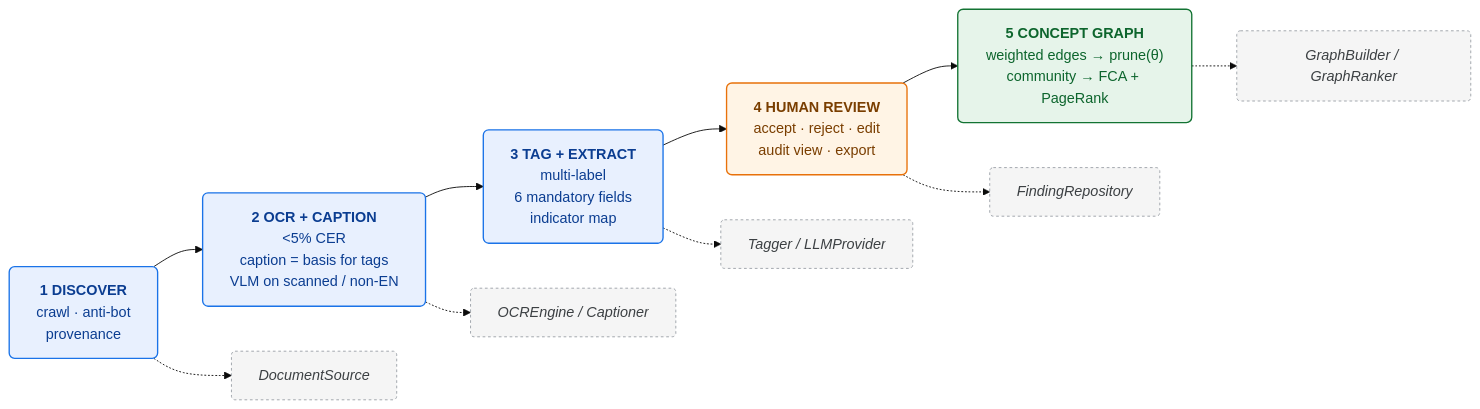
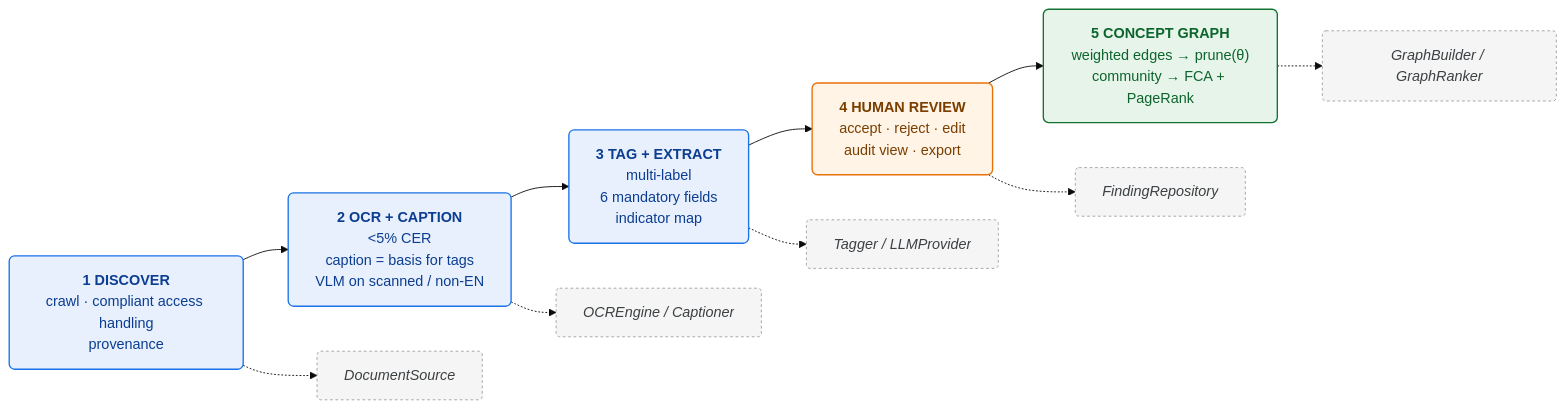
Before and after one commit to JohnAndrewBalbarosa/rdtii-autoextract: the diagram in backend/docs/pipeline.mmd, drawn with Mermaid (base theme). The commit also changed 12 other files, not shown here.

Commit message:
Add compliant access scaffold

```diff
--- a/backend/docs/pipeline.mmd
+++ b/backend/docs/pipeline.mmd
@@ -1,31 +1,31 @@
 flowchart LR
-    A["<b>1 DISCOVER</b><br/>crawl · anti-bot<br/>provenance"]
+    A["<b>1 DISCOVER</b><br/>crawl · compliant access handling<br/>provenance"]
     B["<b>2 OCR + CAPTION</b><br/>&lt;5% CER<br/>caption = basis for tags<br/>VLM on scanned / non-EN"]
     C["<b>3 TAG + EXTRACT</b><br/>multi-label<br/>6 mandatory fields<br/>indicator map"]
     D["<b>4 HUMAN REVIEW</b><br/>accept · reject · edit<br/>audit view · export"]
     E["<b>5 CONCEPT GRAPH</b><br/>weighted edges → prune(θ)<br/>community → FCA + PageRank"]
 
     A --> B --> C --> D --> E
 
     A:::stage
     B:::stage
     C:::stage
     D:::review
     E:::concept
 
     p1["DocumentSource"]:::port
     p2["OCREngine / Captioner"]:::port
     p3["Tagger / LLMProvider"]:::port
     p4["FindingRepository"]:::port
     p5["GraphBuilder / GraphRanker"]:::port
 
     A -.-> p1
     B -.-> p2
     C -.-> p3
     D -.-> p4
     E -.-> p5
 
     classDef stage fill:#e8f0fe,stroke:#1a73e8,stroke-width:1.5px,color:#0b3d91,rx:6,ry:6;
     classDef review fill:#fff4e5,stroke:#e8710a,stroke-width:1.5px,color:#7a3e00,rx:6,ry:6;
     classDef concept fill:#e6f4ea,stroke:#137333,stroke-width:1.5px,color:#0d652d,rx:6,ry:6;
     classDef port fill:#f5f5f5,stroke:#9aa0a6,stroke-dasharray:3 3,color:#3c4043,font-style:italic,rx:4,ry:4;
```
